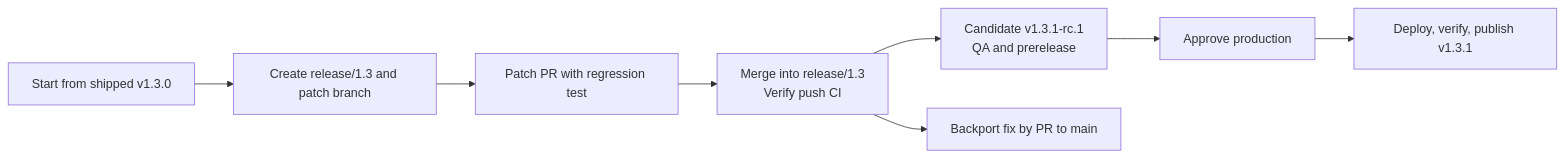
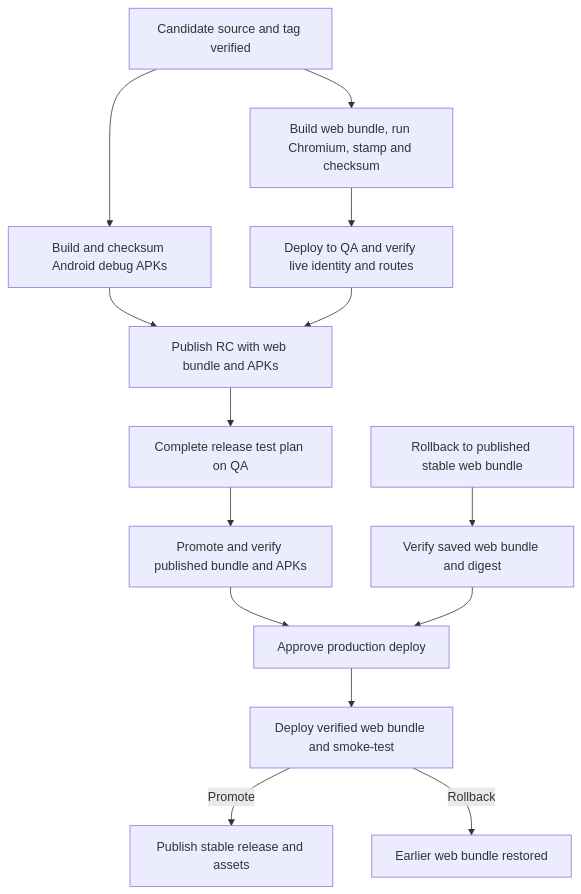
One commit to rahshin/timeandate changed the second of 2 diagrams in docs/ci-cd.md. Above: the diagram before and after it, drawn with Mermaid. The commit also changed other lines of this file and 24 other files, not shown here.

Commit message:
Refresh architecture and release documentation

````diff
--- a/docs/ci-cd.md
+++ b/docs/ci-cd.md
@@ -20,10 +29,16 @@
 ```mermaid
-flowchart LR
-  A["Start from shipped v1.3.0"] --> B["Create release/1.3 and patch branch"]
-  B --> C["Patch PR with regression test"]
-  C --> D["Merge into release/1.3<br />Verify push CI"]
-  D --> E["Candidate v1.3.1-rc.1<br />QA and prerelease"]
-  E --> F["Approve production"]
-  F --> G["Deploy, verify, publish v1.3.1"]
-  D --> H["Backport fix by PR to main"]
+flowchart TD
+  A["Candidate source and tag verified"] --> B["Build web bundle, run Chromium, stamp and checksum"]
+  A --> C["Build and checksum Android debug APKs"]
+  B --> D["Deploy to QA and verify live identity and routes"]
+  C --> E["Publish RC with web bundle and APKs"]
+  D --> E
+  E --> F["Complete release test plan on QA"]
+  F --> G["Promote and verify published bundle and APKs"]
+  H["Rollback to published stable web bundle"] --> I["Verify saved web bundle and digest"]
+  G --> J["Approve production deploy"]
+  I --> J
+  J --> K["Deploy verified web bundle and smoke-test"]
+  K -->|"Promote"| L["Publish stable release and assets"]
+  K -->|"Rollback"| M["Earlier web bundle restored"]
 ```
````
